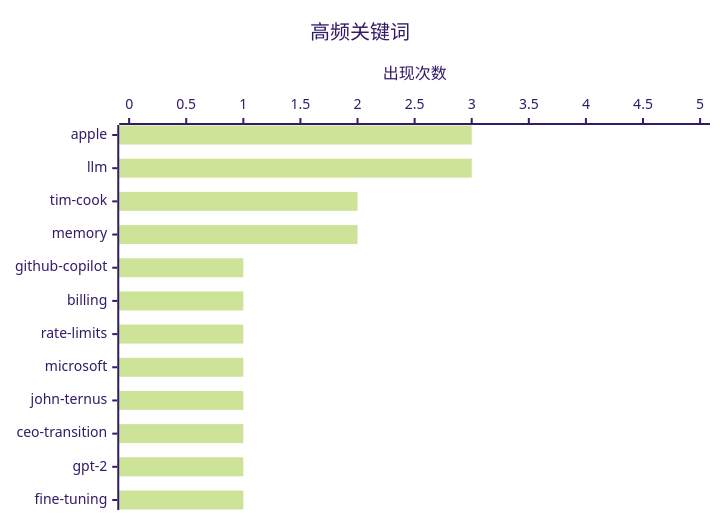
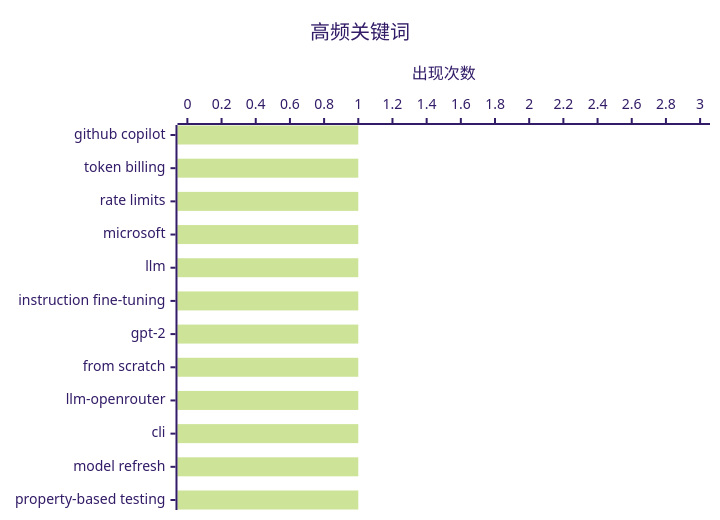
One commit to NicCraver/ai-daily-digest-web changed the second of 2 diagrams in data/digest-20260420.md. Above: the diagram before and after it, drawn with Mermaid (forest theme). The commit also changed other lines of this file and 31 other files, not shown here.

````diff
--- a/data/digest-20260420.md
+++ b/data/digest-20260420.md
@@ -65,7 +66,7 @@
 ```mermaid
 xychart-beta horizontal
     title "高频关键词"
-    x-axis ["apple", "llm", "tim-cook", "memory", "github-copilot", "billing", "rate-limits", "microsoft", "john-ternus", "ceo-transition", "gpt-2", "fine-tuning"]
-    y-axis "出现次数" 0 --> 5
-    bar [3, 3, 2, 2, 1, 1, 1, 1, 1, 1, 1, 1]
+    x-axis ["github copilot", "token billing", "rate limits", "microsoft", "llm", "instruction fine-tuning", "gpt-2", "from scratch", "llm-openrouter", "cli", "model refresh", "property-based testing"]
+    y-axis "出现次数" 0 --> 3
+    bar [1, 1, 1, 1, 1, 1, 1, 1, 1, 1, 1, 1]
 ```
````
